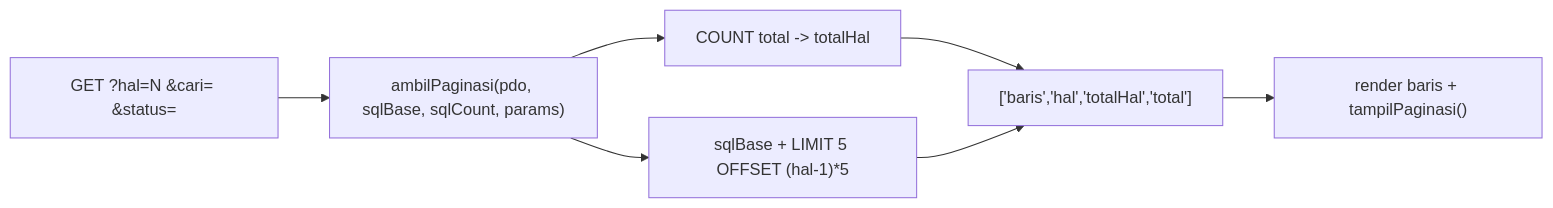
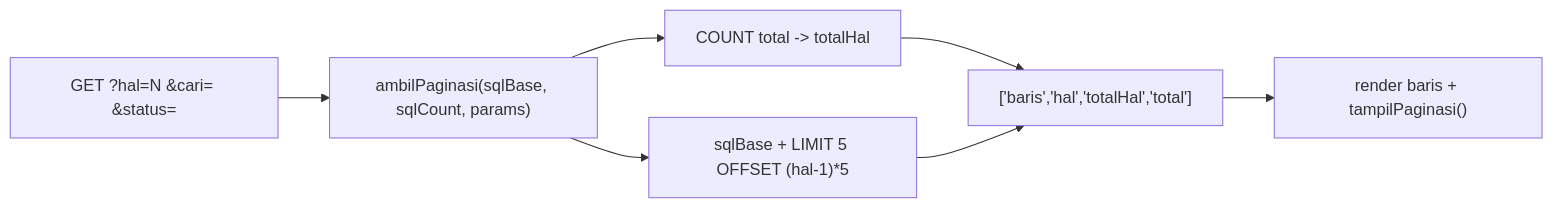
One commit to mramdann/rknet changed the sixth of 7 diagrams in docs/DOKUMENTASI.md. Above: the diagram before and after it, drawn with Mermaid. The commit also changed other lines of this file and 60 other files, not shown here.

Commit message:
feat: finalize RKnet portal and payment flow

````diff
--- a/docs/DOKUMENTASI.md
+++ b/docs/DOKUMENTASI.md
@@ -293,8 +316,8 @@
 ```mermaid
 flowchart LR
-    G["GET ?hal=N &cari= &status="] --> PG["ambilPaginasi(pdo, sqlBase, sqlCount, params)"]
+    G["GET ?hal=N &cari= &status="] --> PG["ambilPaginasi(sqlBase, sqlCount, params)"]
     PG --> C["COUNT total -> totalHal"]
     PG --> Q["sqlBase + LIMIT 5 OFFSET (hal-1)*5"]
     C & Q --> R["['baris','hal','totalHal','total']"]
     R --> T["render baris + tampilPaginasi()"]
 ```
````
